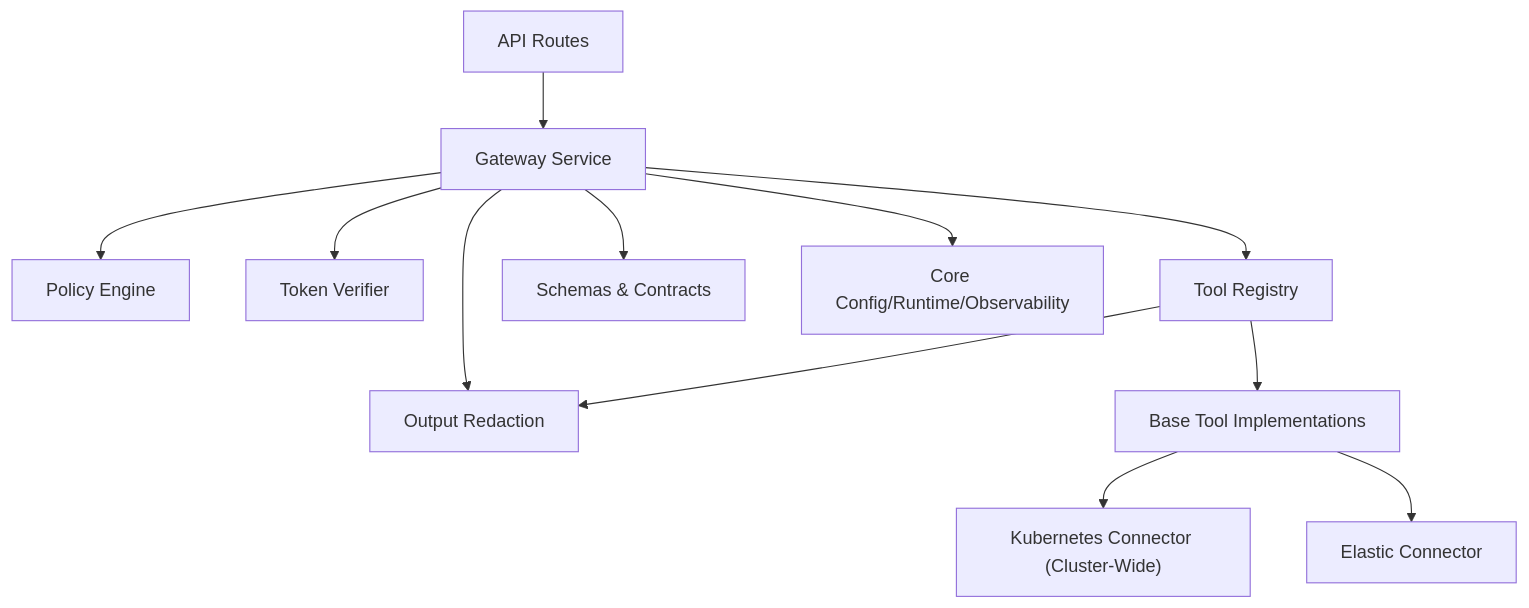
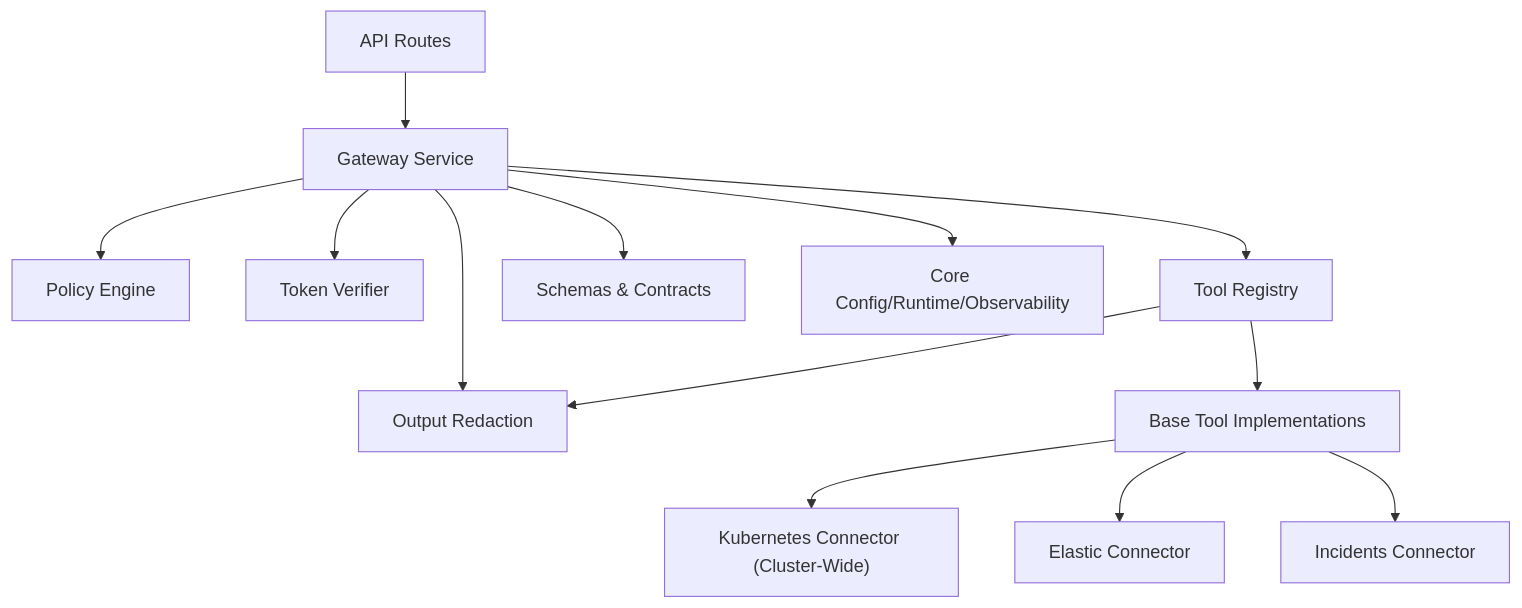
Diagram 12 of 12 in .qoder/repowiki/en/content/Tool Gateway Service/Tool Gateway Service.md (metasync/luban-aiops), drawn with Mermaid before and after one commit. The commit also changed other lines of this file and 6 other files, not shown here.

````diff
--- a/.qoder/repowiki/en/content/Tool Gateway Service/Tool Gateway Service.md
+++ b/.qoder/repowiki/en/content/Tool Gateway Service/Tool Gateway Service.md
@@ -595,14 +656,15 @@
 ```mermaid
 graph TB
 Routes["API Routes"] --> Services["Gateway Service"]
 Services --> Policy["Policy Engine"]
 Services --> Token["Token Verifier"]
 Services --> Registry["Tool Registry"]
 Services --> Redaction["Output Redaction"]
 Registry --> Tools["Base Tool Implementations"]
 Registry --> Redaction
 Tools --> K8s["Kubernetes Connector (Cluster-Wide)"]
 Tools --> Elastic["Elastic Connector"]
+Tools --> Incidents["Incidents Connector"]
 Services --> Schemas["Schemas & Contracts"]
 Services --> Core["Core Config/Runtime/Observability"]
 ```
````
